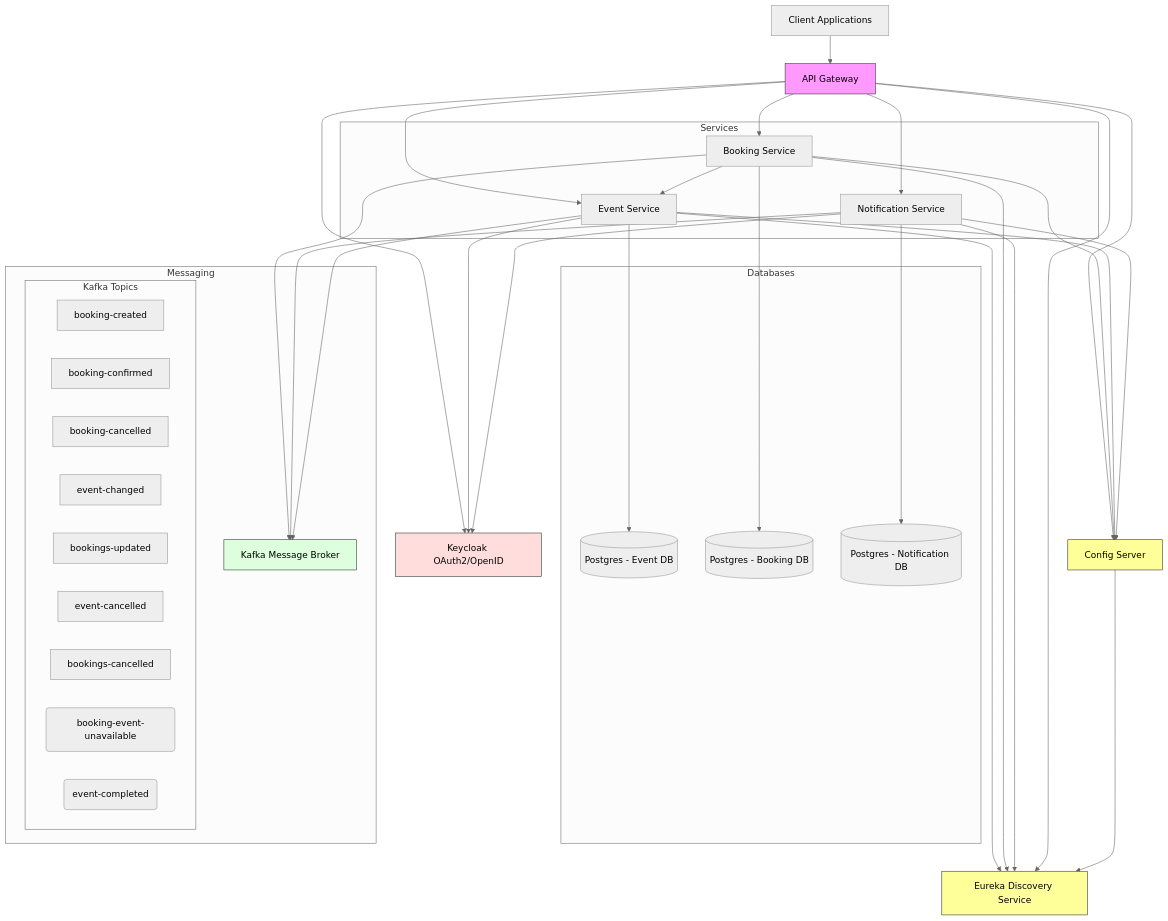
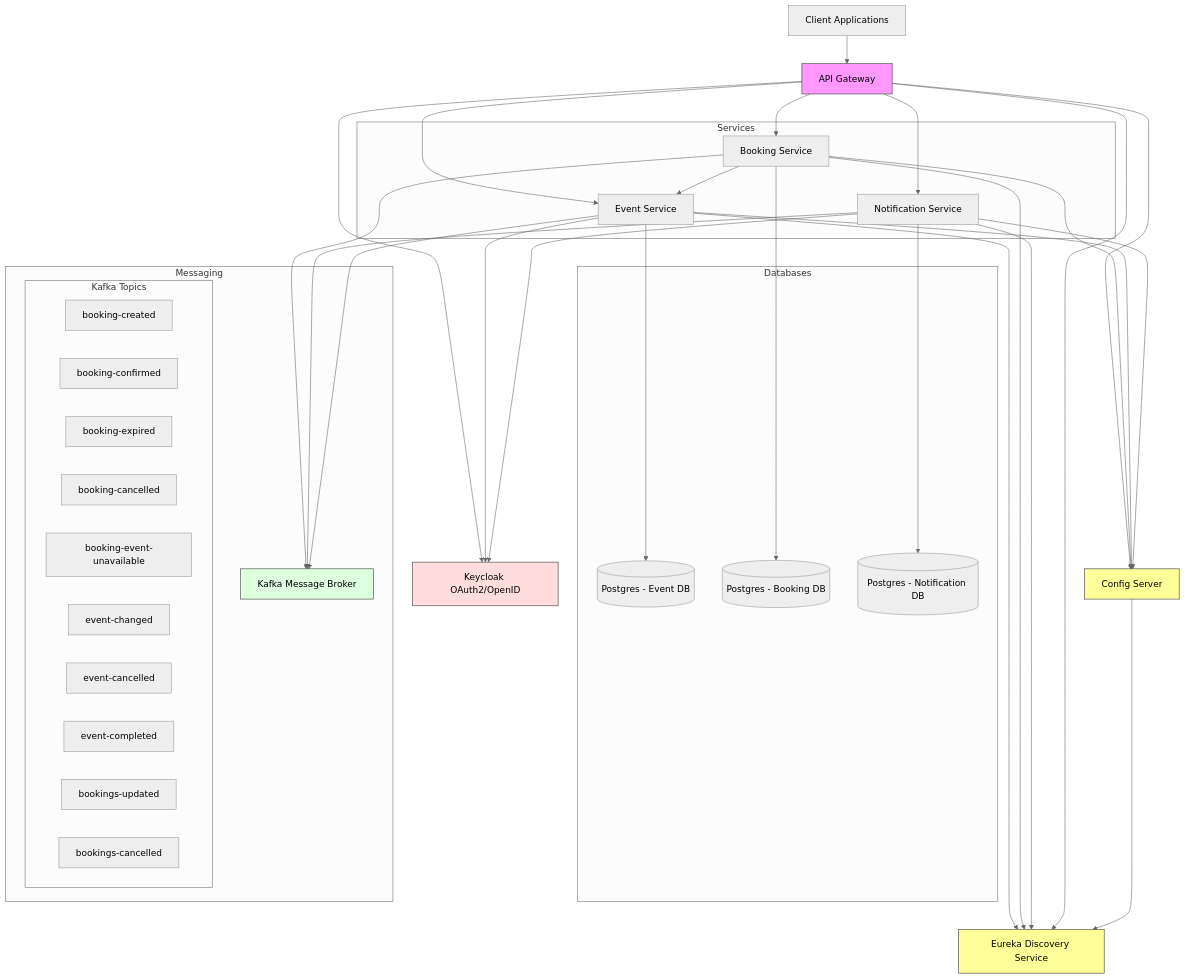
One commit to piper1970/event-booking-microservice changed the diagram in system-architecture.mermaid. Above: the diagram before and after it, drawn with Mermaid (neutral theme). The commit also changed 4 other files, not shown here.

Commit message:
add logic for handling BookingCompleted messages

```diff
--- a/system-architecture.mermaid
+++ b/system-architecture.mermaid
@@ -1,71 +1,72 @@
 graph TB
     Client[Client Applications]
     Gateway[API Gateway]
     Config[Config Server]
     Eureka[Eureka Discovery Service]
     Keycloak[Keycloak OAuth2/OpenID]
     
     subgraph Services
         EventService[Event Service]
         BookingService[Booking Service]
         NotificationService[Notification Service]
     end
     
     subgraph Databases
         EventDB[(Postgres - Event DB)]
         BookingDB[(Postgres - Booking DB)]
         NotificationDB[(Postgres - Notification DB)]
     end
     
     subgraph Messaging
         Kafka[Kafka Message Broker]
         
         subgraph Kafka Topics
             topic1[booking-created]
             topic2[booking-confirmed]
-            topic3[booking-cancelled]
-            topic4[event-changed]
-            topic5[bookings-updated]
-            topic6[event-cancelled]
-            topic7[bookings-cancelled]
-            topic8(booking-event-unavailable)
-            topic9(event-completed)
+            topic3[booking-expired]
+            topic4[booking-cancelled]
+            topic5[booking-event-unavailable]
+            topic6[event-changed]
+            topic7[event-cancelled]
+            topic8[event-completed]
+            topic9[bookings-updated]
+            topic10[bookings-cancelled]
         end
     end
 
     Client --> Gateway
 
     Gateway --> EventService
     Gateway --> BookingService
     Gateway --> NotificationService
 
     Gateway --> Keycloak
     EventService --> Keycloak
     NotificationService --> Keycloak
     
     EventService --> EventDB
     BookingService --> BookingDB
     NotificationService --> NotificationDB
     
     EventService --> Eureka
     BookingService --> Eureka
     NotificationService --> Eureka
     Gateway --> Eureka
     Config --> Eureka
 
     Gateway --> Config
     BookingService --> Config
     EventService --> Config
     NotificationService --> Config
 
     BookingService --> Kafka
     NotificationService --> Kafka
     EventService --> Kafka
 
     BookingService --> EventService
 
     style Gateway fill:#f9f,stroke:#333
     style Eureka fill:#ff9,stroke:#333
     style Config fill:#ff9,stroke:#333
     style Kafka fill:#dfd,stroke:#333
     style Keycloak fill:#fdd,stroke:#333
```
